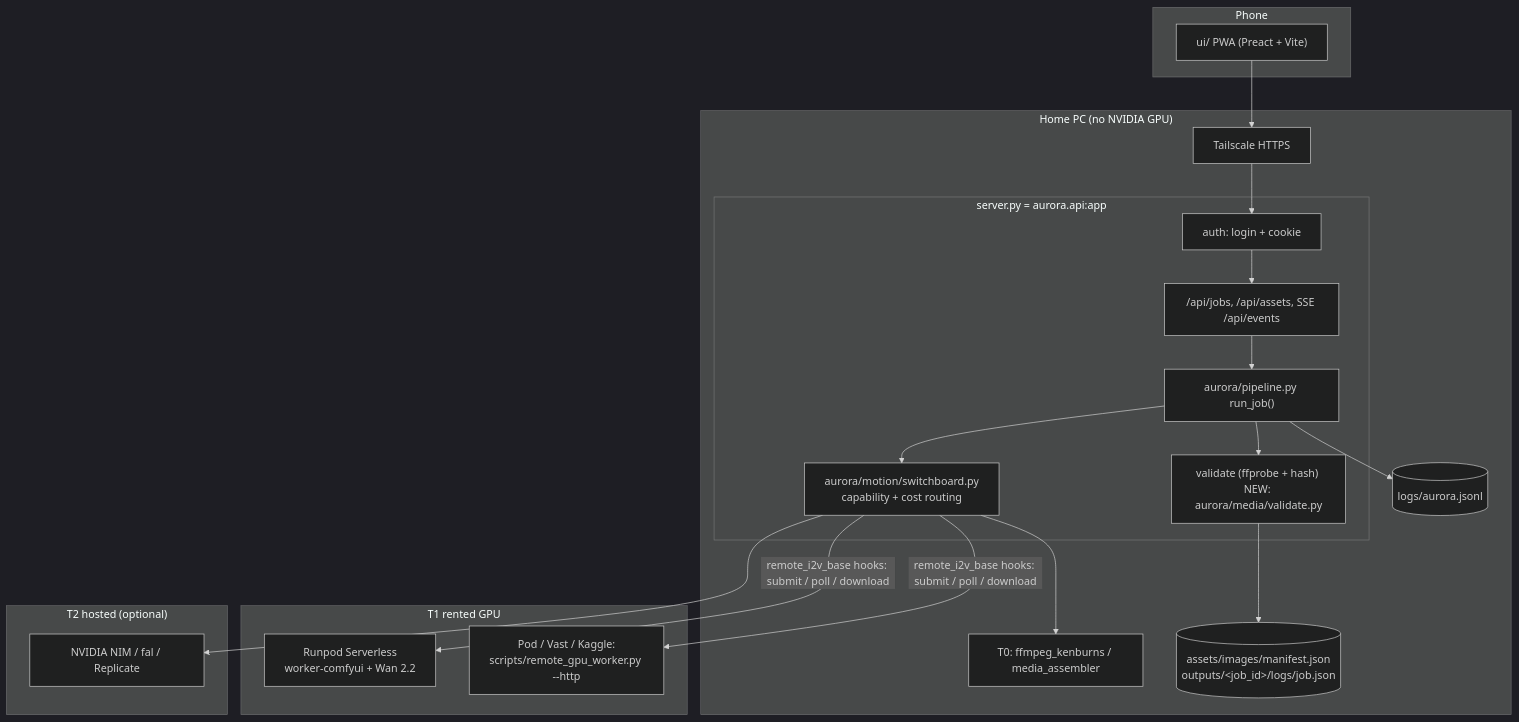
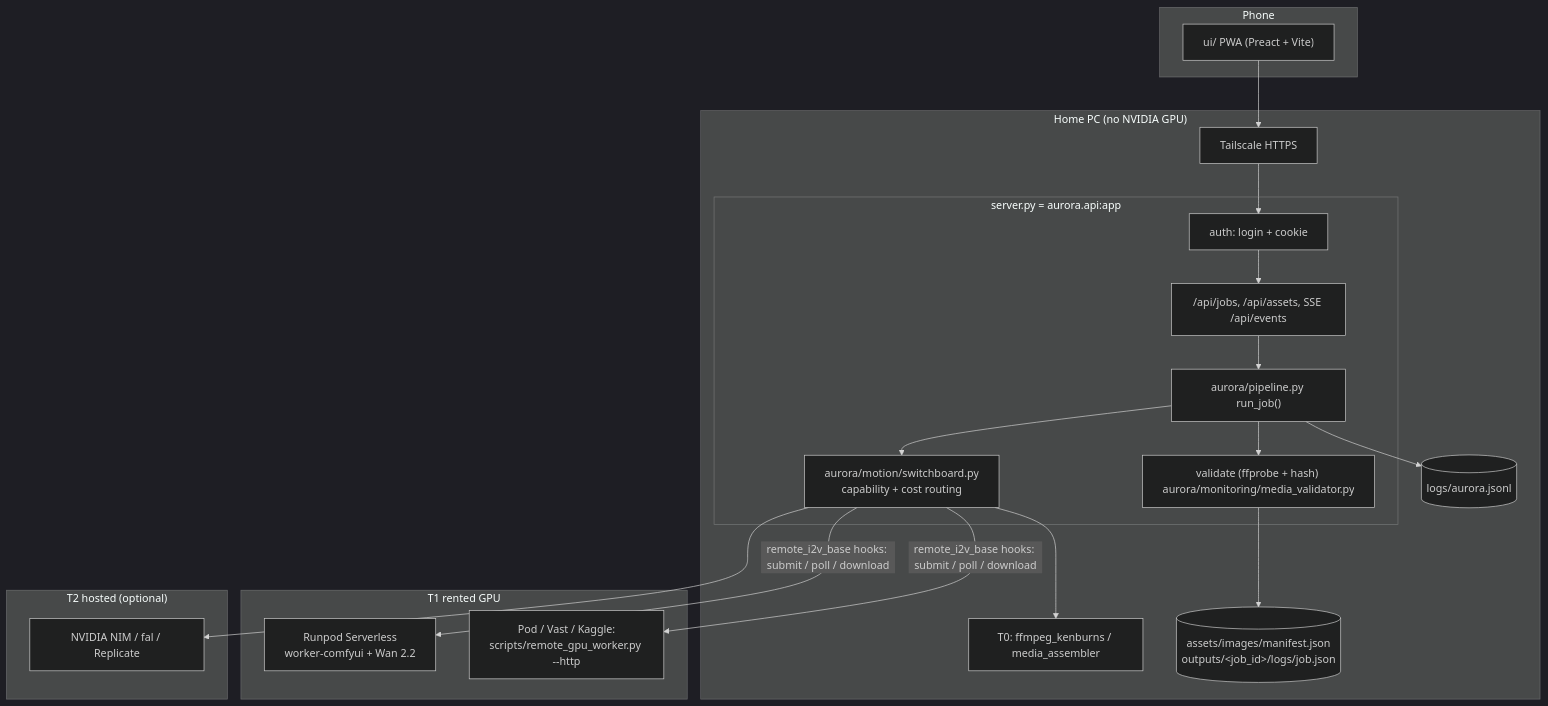
Before and after one commit to kumarrupesh1207/Video-creation: the first of 3 diagrams in docs/ARCHITECTURE.md, drawn with Mermaid (dark theme). The commit also changed other lines of this file, not shown here.

Commit message:
docs: architecture notes from team reviews

````diff
--- a/docs/ARCHITECTURE.md
+++ b/docs/ARCHITECTURE.md
@@ -83,32 +83,32 @@
 ```mermaid
 flowchart TB
     subgraph Phone
         PWA["ui/ PWA (Preact + Vite)"]
     end
     subgraph Home["Home PC (no NVIDIA GPU)"]
         TS[Tailscale HTTPS]
         subgraph API["server.py = aurora.api:app"]
             AUTH[auth: login + cookie]
             JOBS["/api/jobs, /api/assets, SSE /api/events"]
             RUN["aurora/pipeline.py run_job()"]
             SW["aurora/motion/switchboard.py<br/>capability + cost routing"]
-            VAL["validate (ffprobe + hash) NEW: aurora/media/validate.py"]
+            VAL["validate (ffprobe + hash) aurora/monitoring/media_validator.py"]
         end
         FF["T0: ffmpeg_kenburns / media_assembler"]
         MAN[(assets/images/manifest.json<br/>outputs/&lt;job_id&gt;/logs/job.json)]
         LOG[(logs/aurora.jsonl)]
     end
     subgraph T1["T1 rented GPU"]
         RP["Runpod Serverless<br/>worker-comfyui + Wan 2.2"]
         POD["Pod / Vast / Kaggle:<br/>scripts/remote_gpu_worker.py --http"]
     end
     subgraph T2["T2 hosted (optional)"]
         NIM[NVIDIA NIM / fal / Replicate]
     end
     PWA --> TS --> AUTH --> JOBS --> RUN --> SW
     SW --> FF
     SW -->|"remote_i2v_base hooks: submit / poll / download"| RP & POD
     SW --> NIM
     RUN --> VAL --> MAN
     RUN --> LOG
 ```
````
